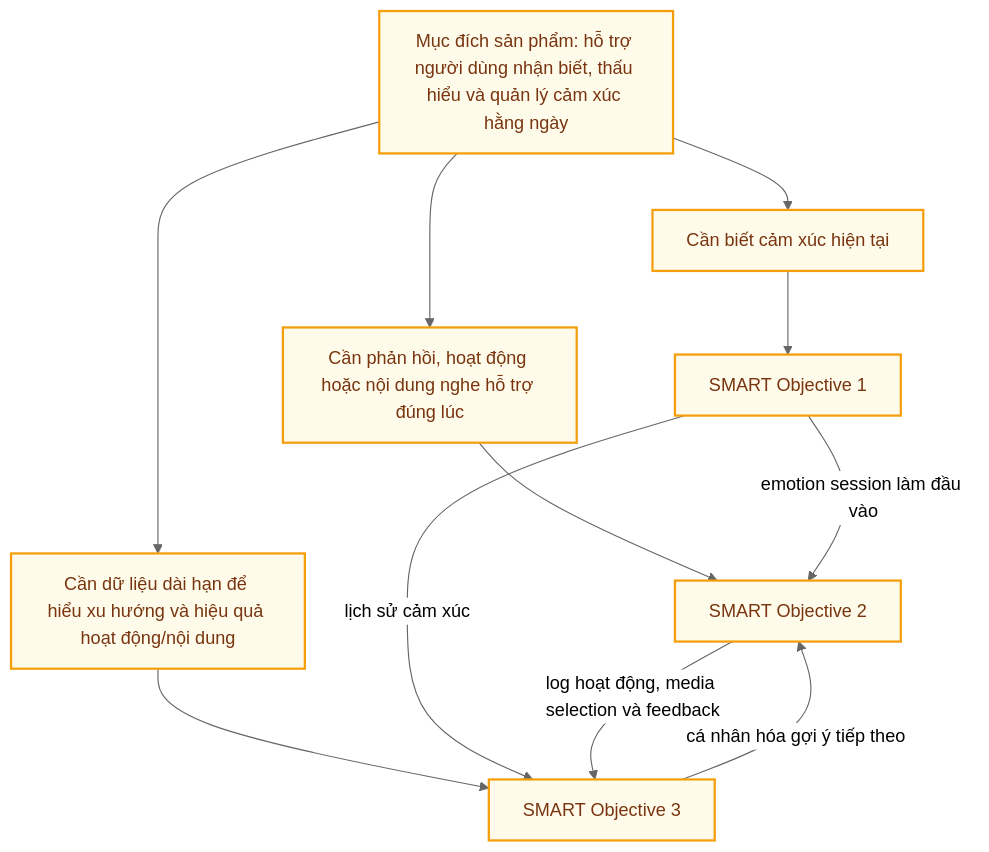
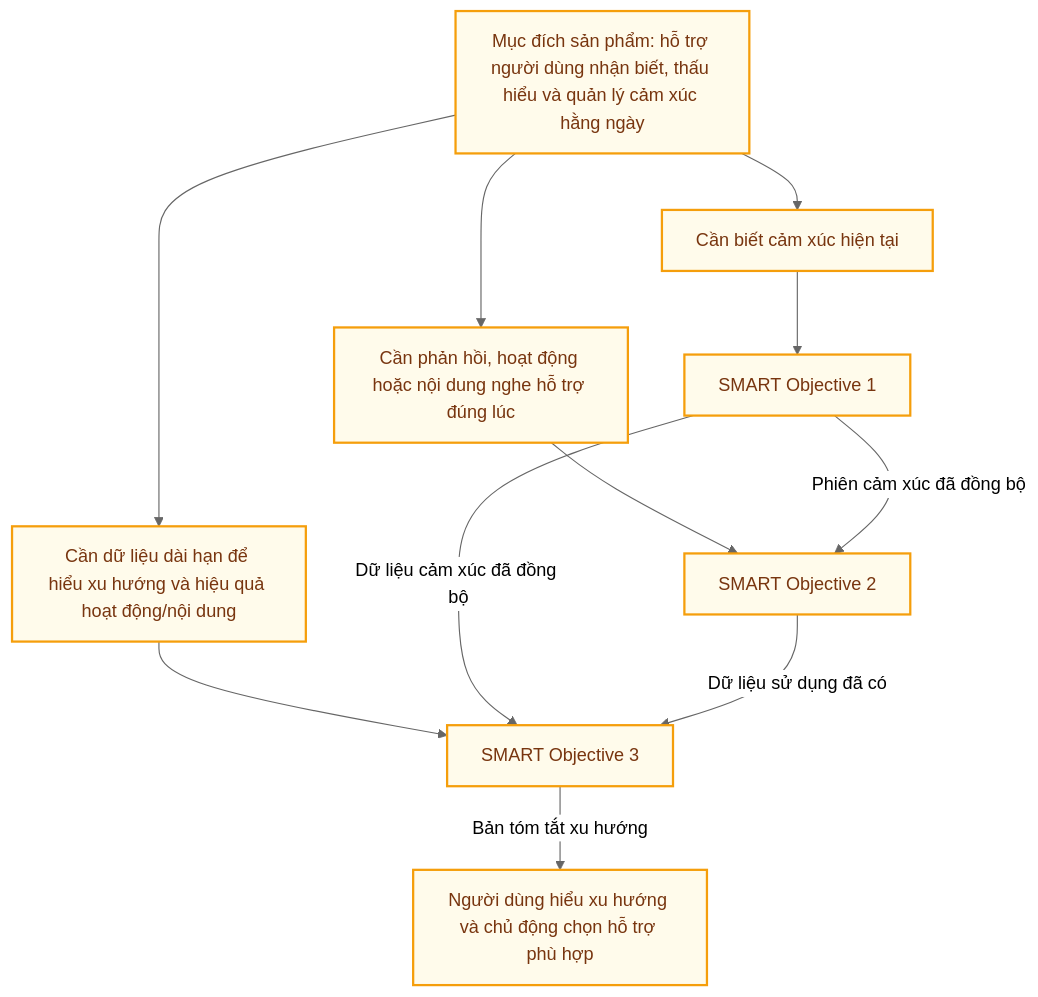
The diagram in docs/Spectification/EmotiCareAIoT/01_Background.md (Computer-Vision-HCMUS/AIoT-Server), drawn with Mermaid (neutral theme) before and after one commit. The commit also changed other lines of this file and 37 other files, not shown here.

````diff
--- a/docs/Spectification/EmotiCareAIoT/01_Background.md
+++ b/docs/Spectification/EmotiCareAIoT/01_Background.md
@@ -105,30 +105,31 @@
 ```mermaid
 flowchart TD
     Purpose["Mục đích sản phẩm: hỗ trợ người dùng nhận biết, thấu hiểu và quản lý cảm xúc hằng ngày"]
 
     Need1["Cần biết cảm xúc hiện tại"]
     Need2["Cần phản hồi, hoạt động hoặc nội dung nghe hỗ trợ đúng lúc"]
     Need3["Cần dữ liệu dài hạn để hiểu xu hướng và hiệu quả hoạt động/nội dung"]
 
     Obj1["SMART Objective 1"]
     Obj2["SMART Objective 2"]
     Obj3["SMART Objective 3"]
+    Insight["Người dùng hiểu xu hướng và chủ động chọn hỗ trợ phù hợp"]
 
     Purpose --> Need1 --> Obj1
     Purpose --> Need2 --> Obj2
     Purpose --> Need3 --> Obj3
 
-    Obj1 -->|"emotion session làm đầu vào"| Obj2
-    Obj1 -->|"lịch sử cảm xúc"| Obj3
-    Obj2 -->|"log hoạt động, media selection và feedback"| Obj3
-    Obj3 -->|"cá nhân hóa gợi ý tiếp theo"| Obj2
+    Obj1 -->|"Phiên cảm xúc đã đồng bộ"| Obj2
+    Obj1 -->|"Dữ liệu cảm xúc đã đồng bộ"| Obj3
+    Obj2 -->|"Dữ liệu sử dụng đã có"| Obj3
+    Obj3 -->|"Bản tóm tắt xu hướng"| Insight
 
 
     classDef userNode stroke:#818cf8,fill:#eef2ff,stroke-width:2px,color:#1e1b4b
     classDef edgeNode stroke:#a78bfa,fill:#f5f3ff,stroke-width:2px,color:#2e1065
     classDef cacheNode stroke:#2dd4bf,fill:#f0fdfa,stroke-width:2px,color:#0d5a57
     classDef cloudNode stroke:#38bdf8,fill:#f0f9ff,stroke-width:2px,color:#0c3d67
     classDef serviceNode stroke:#4ade80,fill:#f0fdf4,stroke-width:2px,color:#1a3a1a
     classDef actionNode stroke:#f59e0b,fill:#fffbeb,stroke-width:2px,color:#78350f
-    class Purpose,Need1,Need2,Need3,Obj1,Obj2,Obj3 actionNode
+    class Purpose,Need1,Need2,Need3,Obj1,Obj2,Obj3,Insight actionNode
 ```
````
